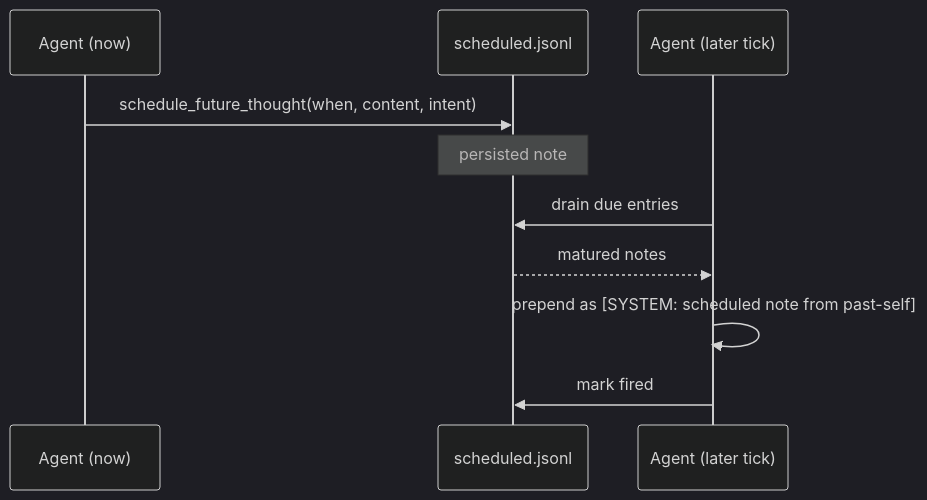
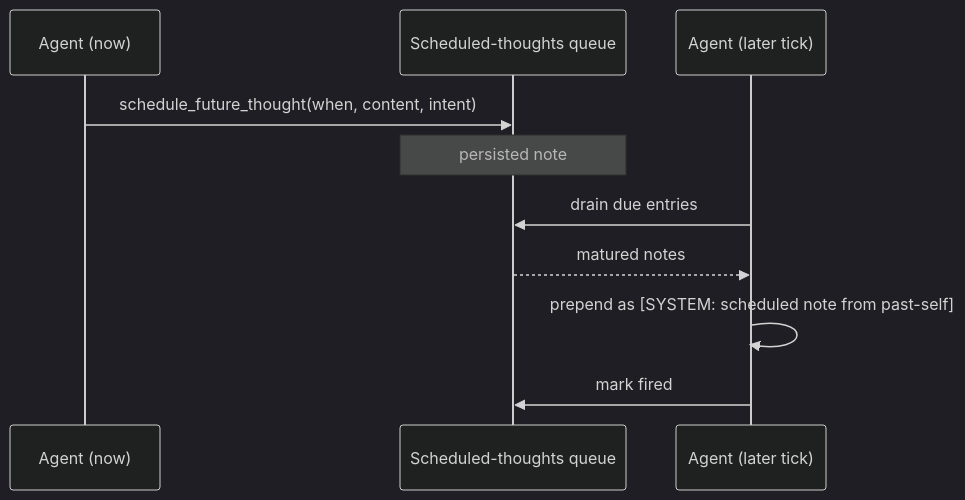
One commit to agentpatternscatalog/patterns changed the diagram in patterns/intra-agent-memo-scheduling.md. Above: the diagram before and after it, drawn with Mermaid (dark theme). The commit also changed other lines of this file and 48 other files, not shown here.

````diff
--- a/patterns/intra-agent-memo-scheduling.md
+++ b/patterns/intra-agent-memo-scheduling.md
@@ -96,12 +95,12 @@
 ```mermaid
 sequenceDiagram
   participant A1 as Agent (now)
-  participant F as scheduled.jsonl
+  participant F as Scheduled-thoughts queue
   participant A2 as Agent (later tick)
   A1->>F: schedule_future_thought(when, content, intent)
   Note over F: persisted note
   A2->>F: drain due entries
   F-->>A2: matured notes
   A2->>A2: prepend as [SYSTEM: scheduled note from past-self]
   A2->>F: mark fired
 ```
````
